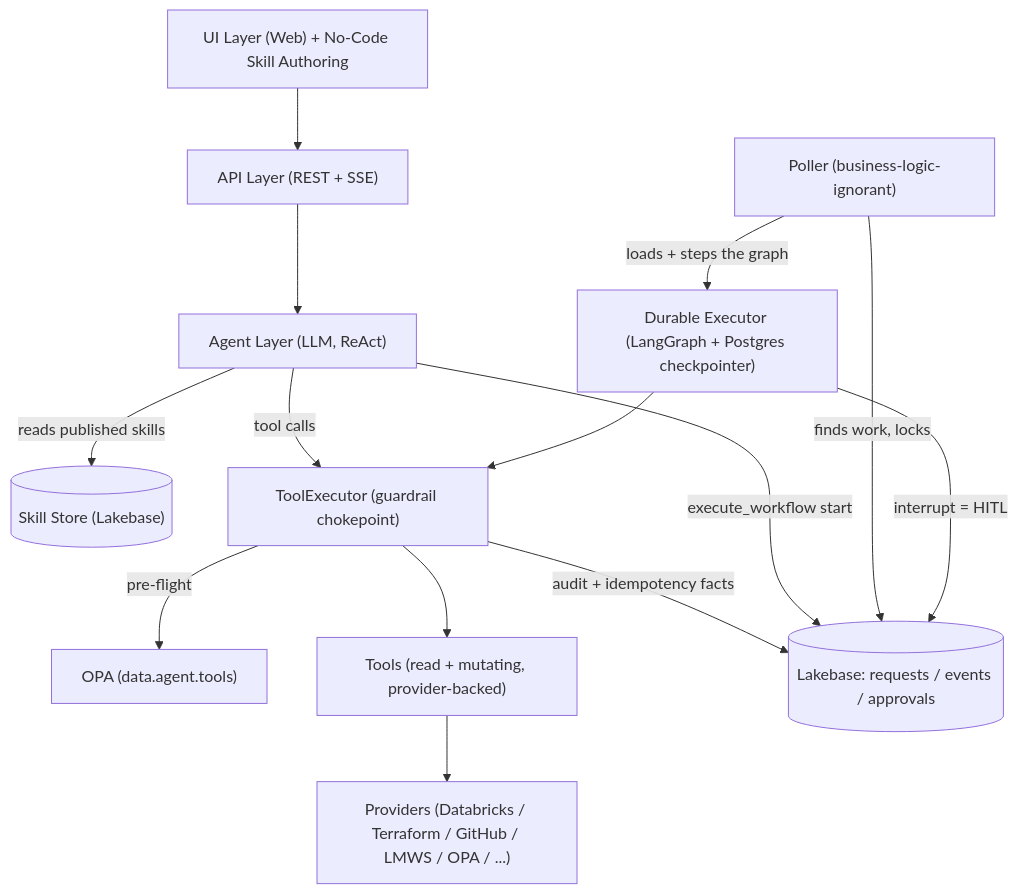
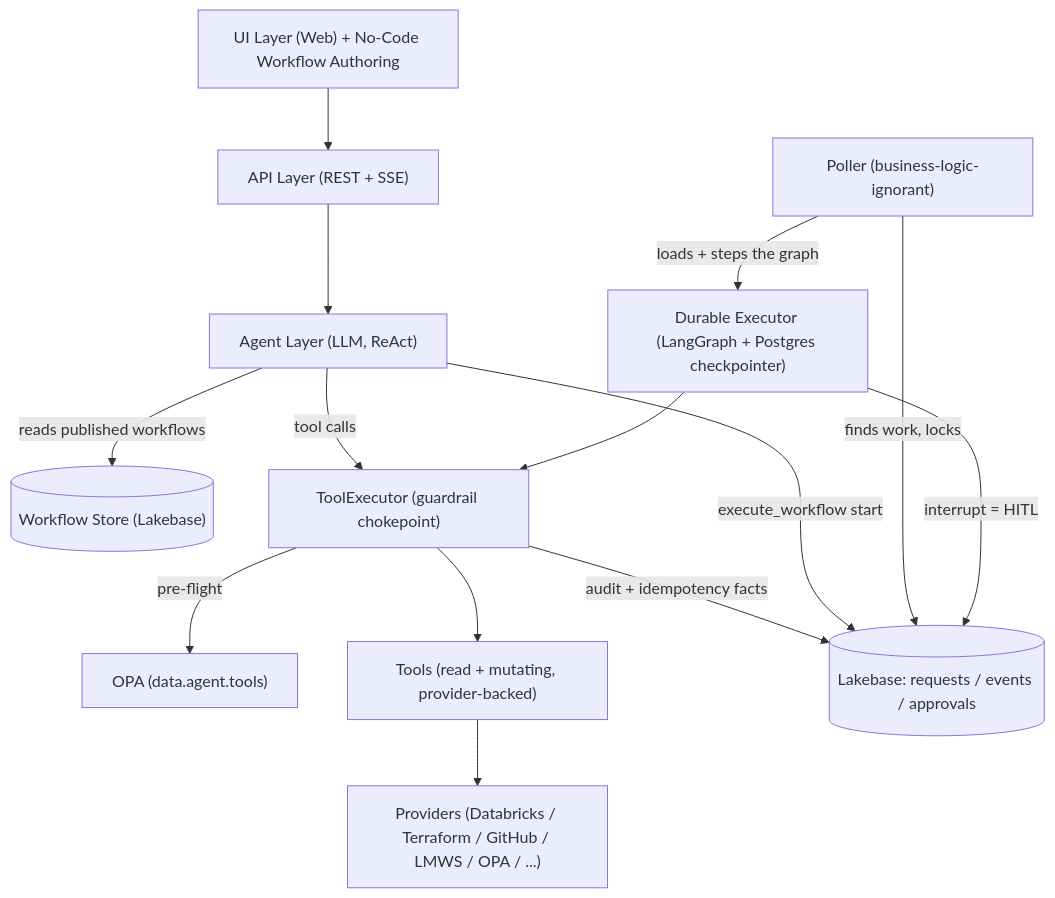
One commit to TaylorAHanson/ssc changed the second of 3 diagrams in docs/ARCHITECTURE_V2.md. Above: the diagram before and after it, drawn with Mermaid. The commit also changed other lines of this file and 52 other files, not shown here.

First line of the commit message:
Refactor Skill Management to Workflows

````diff
--- a/docs/ARCHITECTURE_V2.md
+++ b/docs/ARCHITECTURE_V2.md
@@ -120,26 +120,26 @@
 ```mermaid
 graph TD
-    UI["UI Layer (Web) + No-Code Skill Authoring"]
+    UI["UI Layer (Web) + No-Code Workflow Authoring"]
     API["API Layer (REST + SSE)"]
     Agent["Agent Layer (LLM, ReAct)"]
-    Skills[("Skill Store (Lakebase)")]
+    Workflows[("Workflow Store (Lakebase)")]
     Exec["ToolExecutor (guardrail chokepoint)"]
     OPA["OPA (data.agent.tools)"]
     Tools["Tools (read + mutating, provider-backed)"]
     Providers["Providers (Databricks / Terraform / GitHub / LMWS / OPA / ...)"]
     Engine["Durable Executor (LangGraph + Postgres checkpointer)"]
     Poller["Poller (business-logic-ignorant)"]
     DB[("Lakebase: requests / events / approvals")]
 
     UI --> API --> Agent
-    Agent -->|reads published skills| Skills
+    Agent -->|reads published workflows| Workflows
     Agent -->|tool calls| Exec
     Exec -->|pre-flight| OPA
     Exec --> Tools --> Providers
     Exec -->|audit + idempotency facts| DB
     Agent -->|execute_workflow start| DB
     Poller -->|finds work, locks| DB
     Poller -->|loads + steps the graph| Engine
     Engine -->|interrupt = HITL| DB
     Engine --> Exec
 ```
````
